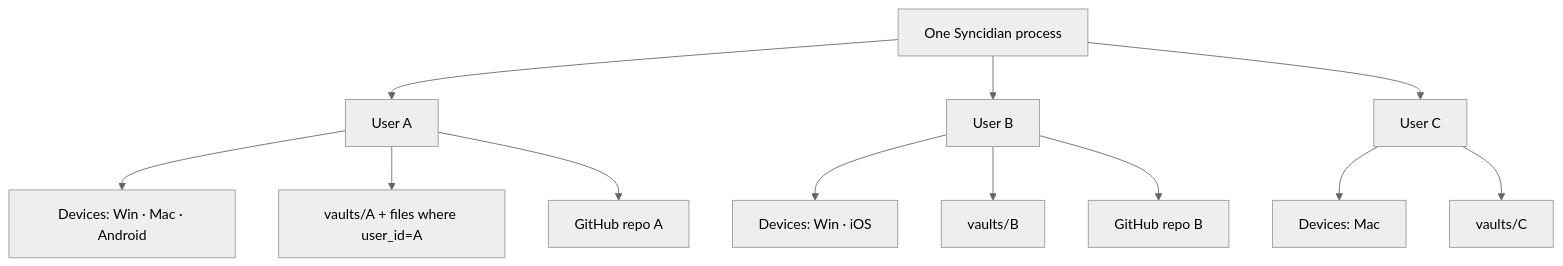
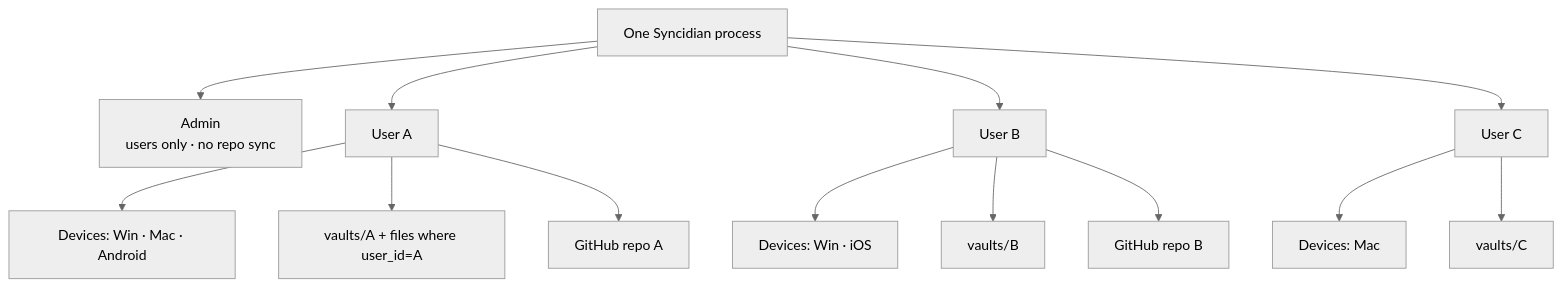
Diagram 11 of 12 in docs/architecture.md (shangeethsivan/Syncidian), drawn with Mermaid (neutral theme) before and after one commit. The commit also changed other lines of this file and 11 other files, not shown here.

First line of the commit message:
Make GitHub repo setup per user and isolate admin accounts.

````diff
--- a/docs/architecture.md
+++ b/docs/architecture.md
@@ -352,17 +355,18 @@
 ```mermaid
 flowchart TB
-  S["One Syncidian process"] --> A["User A"]
+  S["One Syncidian process"] --> Admin["Admin<br/>users only · no repo sync"]
+  S --> A["User A"]
   S --> B["User B"]
   S --> C["User C"]
 
   A --> AD["Devices: Win · Mac · Android"]
   A --> AV["vaults/A + files where user_id=A"]
   A --> AG["GitHub repo A"]
 
   B --> BD["Devices: Win · iOS"]
   B --> BV["vaults/B"]
   B --> BG["GitHub repo B"]
 
   C --> CD["Devices: Mac"]
   C --> CV["vaults/C"]
 ```
````
